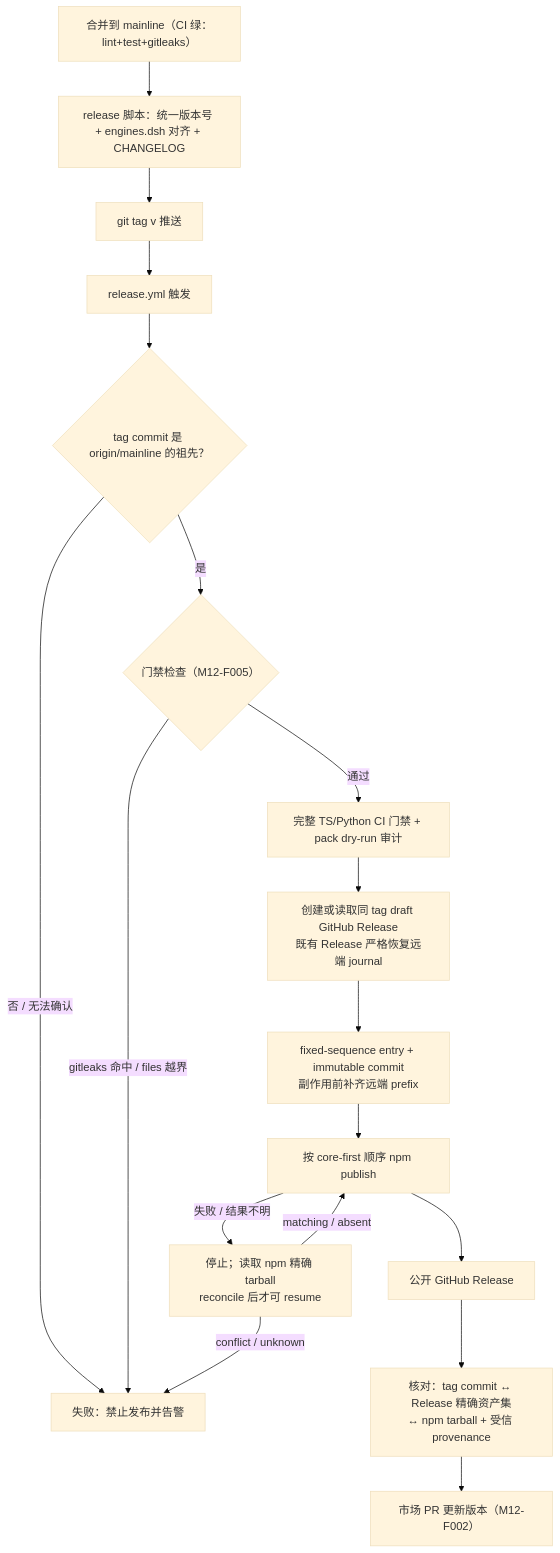
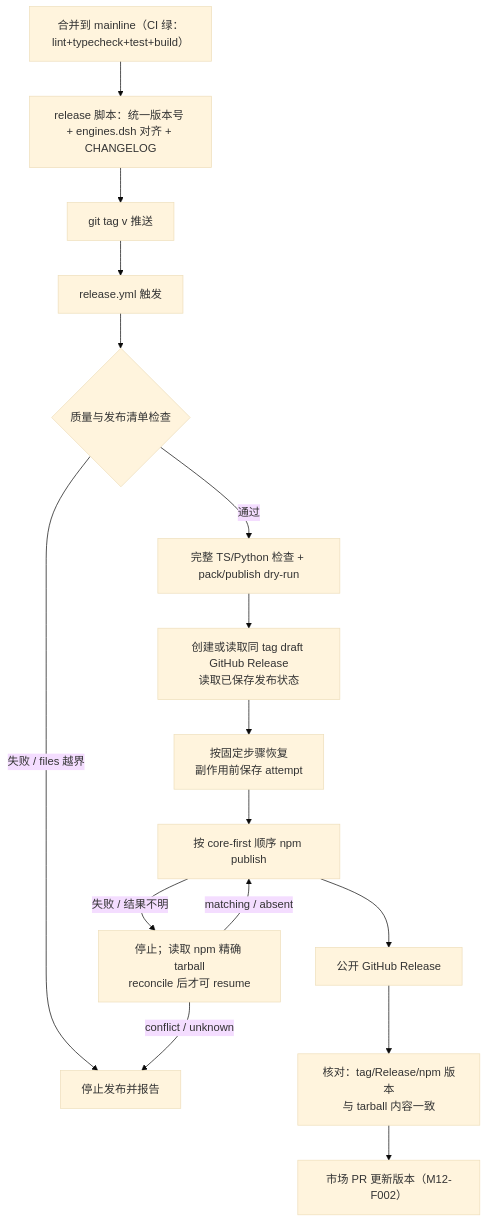
Before and after one commit to yin52133/dsh-luban: the first of 2 diagrams in design/03-modules/M12-market-release.md, drawn with Mermaid (base theme). The commit also changed other lines of this file and 37 other files, not shown here.

````diff
--- a/design/03-modules/M12-market-release.md
+++ b/design/03-modules/M12-market-release.md
@@ -46,20 +50,18 @@
 ```mermaid
 flowchart TD
-    A["合并到 mainline（CI 绿：lint+test+gitleaks）"] --> B["release 脚本：统一版本号 + engines.dsh 对齐 + CHANGELOG"]
+    A["合并到 mainline（CI 绿：lint+typecheck+test+build）"] --> B["release 脚本：统一版本号 + engines.dsh 对齐 + CHANGELOG"]
     B --> C["git tag v<semver> 推送"]
     C --> D["release.yml 触发"]
-    D --> D1{"tag commit 是 origin/mainline 的祖先？"}
-    D1 -- "否 / 无法确认" --> X
-    D1 -- 是 --> E{"门禁检查（M12-F005）"}
-    E -- "gitleaks 命中 / files 越界" --> X["失败：禁止发布并告警"]
-    E -- 通过 --> F["完整 TS/Python CI 门禁 + pack dry-run 审计"]
-    F --> G["创建或读取同 tag draft GitHub Release<br/>既有 Release 严格恢复远端 journal"]
-    G --> L["fixed-sequence entry + immutable commit<br/>副作用前补齐远端 prefix"]
+    D --> E{"质量与发布清单检查"}
+    E -- "失败 / files 越界" --> X["停止发布并报告"]
+    E -- 通过 --> F["完整 TS/Python 检查 + pack/publish dry-run"]
+    F --> G["创建或读取同 tag draft GitHub Release<br/>读取已保存发布状态"]
+    G --> L["按固定步骤恢复<br/>副作用前保存 attempt"]
     L --> H["按 core-first 顺序 npm publish"]
     H -- "失败 / 结果不明" --> R["停止；读取 npm 精确 tarball<br/>reconcile 后才可 resume"]
     R -- "matching / absent" --> H
     R -- "conflict / unknown" --> X
     H --> P["公开 GitHub Release"]
-    P --> I["核对：tag commit ↔ Release 精确资产集<br/>↔ npm tarball + 受信 provenance"]
+    P --> I["核对：tag/Release/npm 版本<br/>与 tarball 内容一致"]
     I --> J["市场 PR 更新版本（M12-F002）"]
 ```
````
